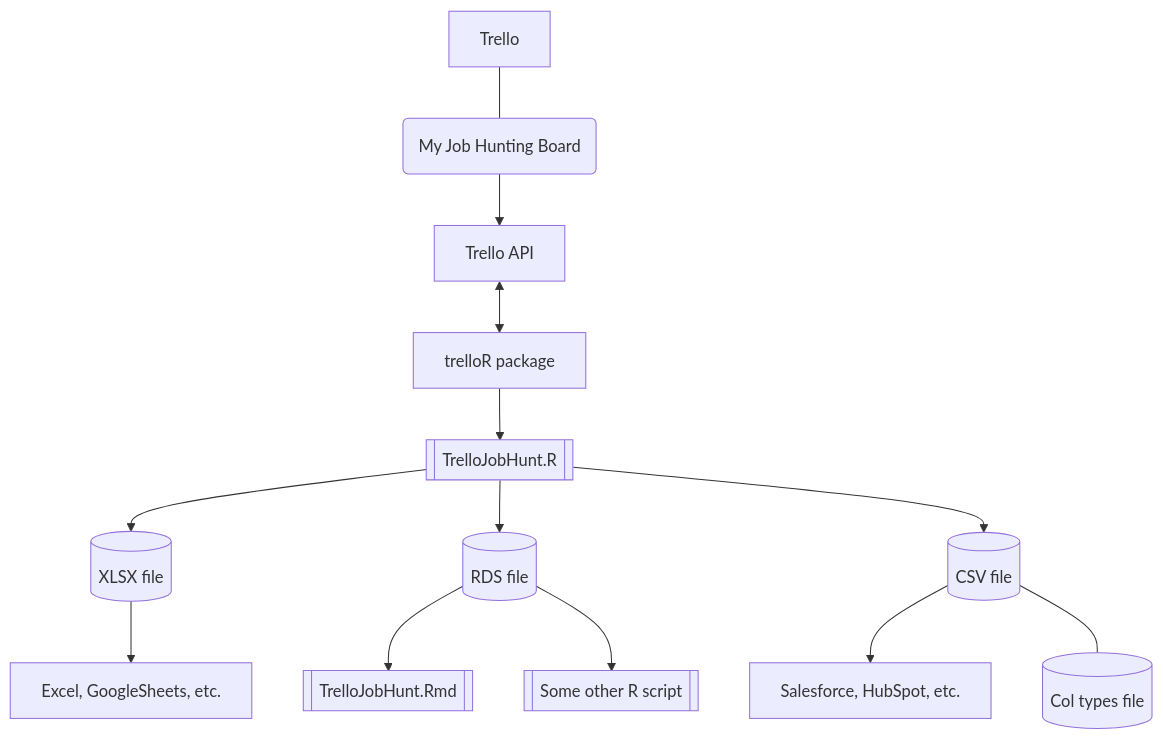
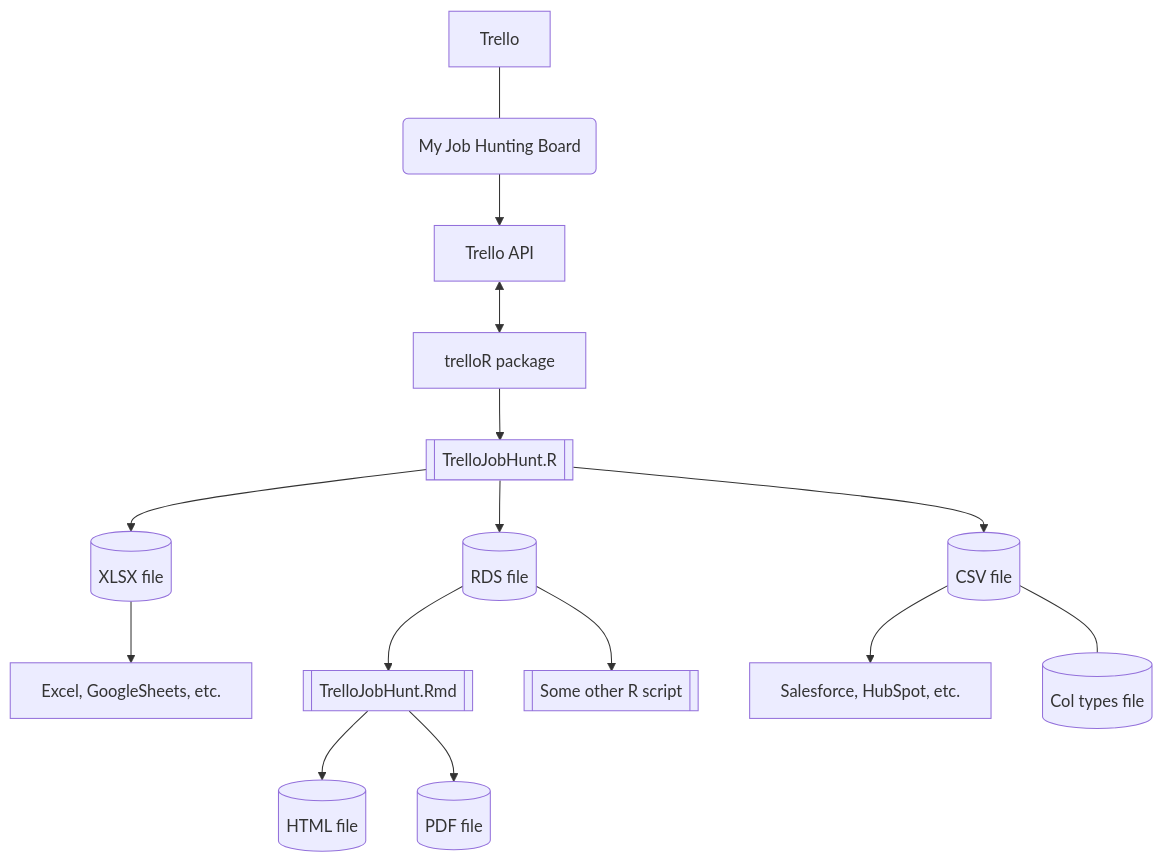
One commit to ccowens/trello-dump changed the first of 2 diagrams in README.md. Above: the diagram before and after it, drawn with Mermaid.

Commit message:
Update README.md adding HTML/PDF as outputs from the RMD file

````diff
--- a/README.md
+++ b/README.md
@@ -9,16 +9,18 @@
 ```mermaid
 graph 
     Z[Trello] --- Y(My Job Hunting Board)
     Y --> X[Trello API] 
     X <--> W[trelloR package] 
     W --> A
     A[[TrelloJobHunt.R]] --> B[(XLSX file)]
     A --> C[(RDS file)]
     A --> G[(CSV file)]
     B --> D[Excel, GoogleSheets, etc.]
     C --> E[[TrelloJobHunt.Rmd]]
+    E --> J[(HTML file)]
+    E --> K[(PDF file)]
     C --> F[[Some other R script]]
     G --> H[Salesforce, HubSpot, etc.]
     G --- I[(Col types file)]
    
 ```
````
